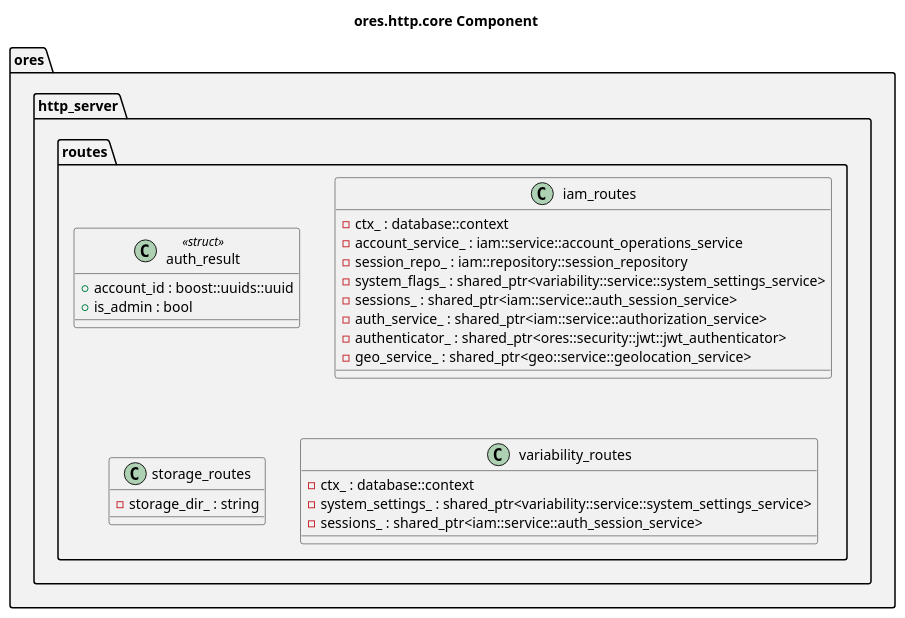
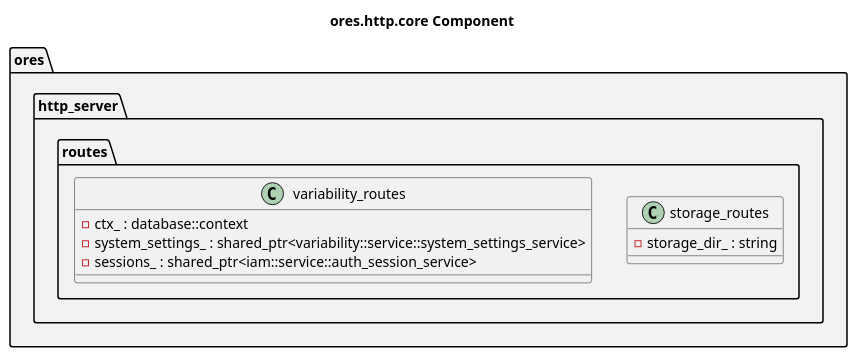
Before and after one commit to OreStudio/OreStudio: the diagram in projects/ores.http/core/modeling/ores.http.core.puml, drawn with PlantUML. The commit also changed 72 other files, not shown here.

```diff
--- a/projects/ores.http/core/modeling/ores.http.core.puml
+++ b/projects/ores.http/core/modeling/ores.http.core.puml
@@ -18,41 +18,27 @@
 @startuml
 
 title ores.http.core Component
 
 set namespaceSeparator ::
 
 namespace ores #F2F2F2 {
     namespace http_server #F2F2F2 {
         namespace routes #F2F2F2 {
-            class auth_result <<struct>> {
-                +account_id : boost::uuids::uuid
-                +is_admin : bool
-            }
-            class iam_routes {
-                -ctx_ : database::context
-                -account_service_ : iam::service::account_operations_service
-                -session_repo_ : iam::repository::session_repository
-                -system_flags_ : shared_ptr<variability::service::system_settings_service>
-                -sessions_ : shared_ptr<iam::service::auth_session_service>
-                -auth_service_ : shared_ptr<iam::service::authorization_service>
-                -authenticator_ : shared_ptr<ores::security::jwt::jwt_authenticator>
-                -geo_service_ : shared_ptr<geo::service::geolocation_service>
-            }
             class storage_routes {
                 -storage_dir_ : string
             }
             class variability_routes {
                 -ctx_ : database::context
                 -system_settings_ : shared_ptr<variability::service::system_settings_service>
                 -sessions_ : shared_ptr<iam::service::auth_session_service>
             }
         }
     }
 }
 
 ' --- manual: everything below this line is hand-authored; the script preserves it ---
 
 ' Local Variables:
 ' compile-command: "java -Djava.awt.headless=true -DPLANTUML_SECURITY_PROFILE=UNSECURE -DPLANTUML_LIMIT_SIZE=65535 -jar /usr/share/plantuml/plantuml.jar ores.http.core.puml"
 ' End:
 @enduml
```
